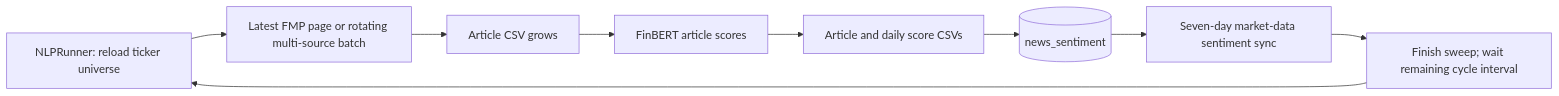
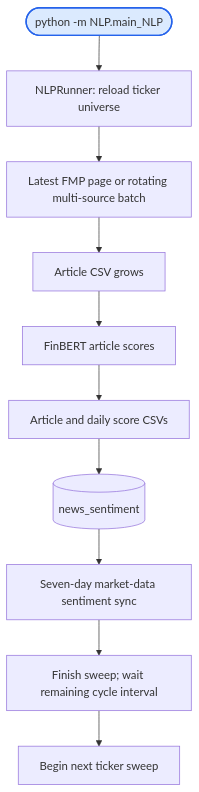
The diagram in NLP/README.md (MUNQuantSociety/MQSMaster), drawn with Mermaid before and after one commit. The commit also changed 12 other files, not shown here.

Commit message:
docs: make workflow diagrams top-down hierarchies

````diff
--- a/NLP/README.md
+++ b/NLP/README.md
@@ -117,11 +117,12 @@
 ```mermaid
-flowchart LR
-    RUN["NLPRunner: reload ticker universe"] --> FETCH["Latest FMP page or rotating multi-source batch"]
+flowchart TD
+    START(["python -m NLP.main_NLP"]) --> RUN["NLPRunner: reload ticker universe"] --> FETCH["Latest FMP page or rotating multi-source batch"]
     FETCH --> CSV["Article CSV grows"]
     CSV --> MODEL["FinBERT article scores"]
     MODEL --> FILES["Article and daily score CSVs"]
     FILES --> DB[("news_sentiment")]
     DB --> SYNC["Seven-day market-data sentiment sync"]
     SYNC --> WAIT["Finish sweep; wait remaining cycle interval"]
-    WAIT --> RUN
+    WAIT --> NEXT["Begin next ticker sweep"]
+    style START fill:#dbeafe,stroke:#2563eb,stroke-width:2px
 ```
````
